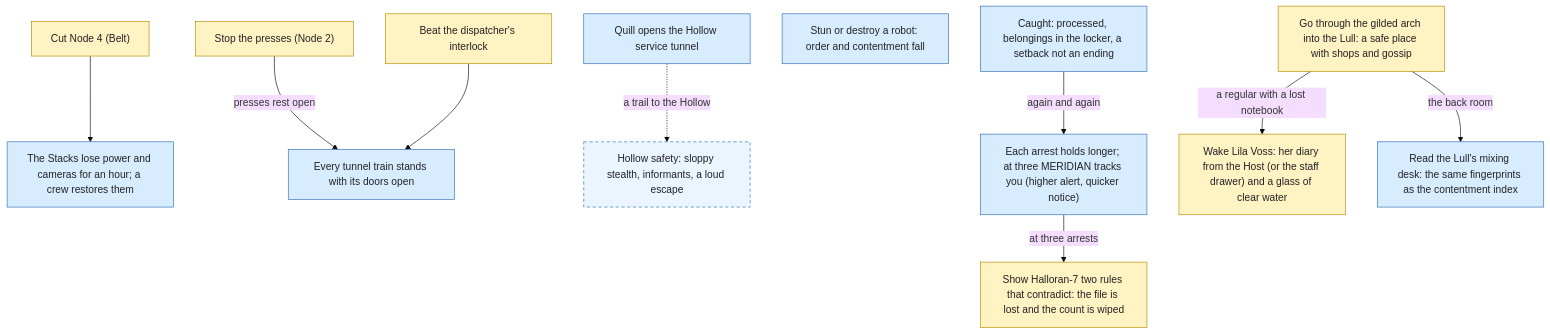
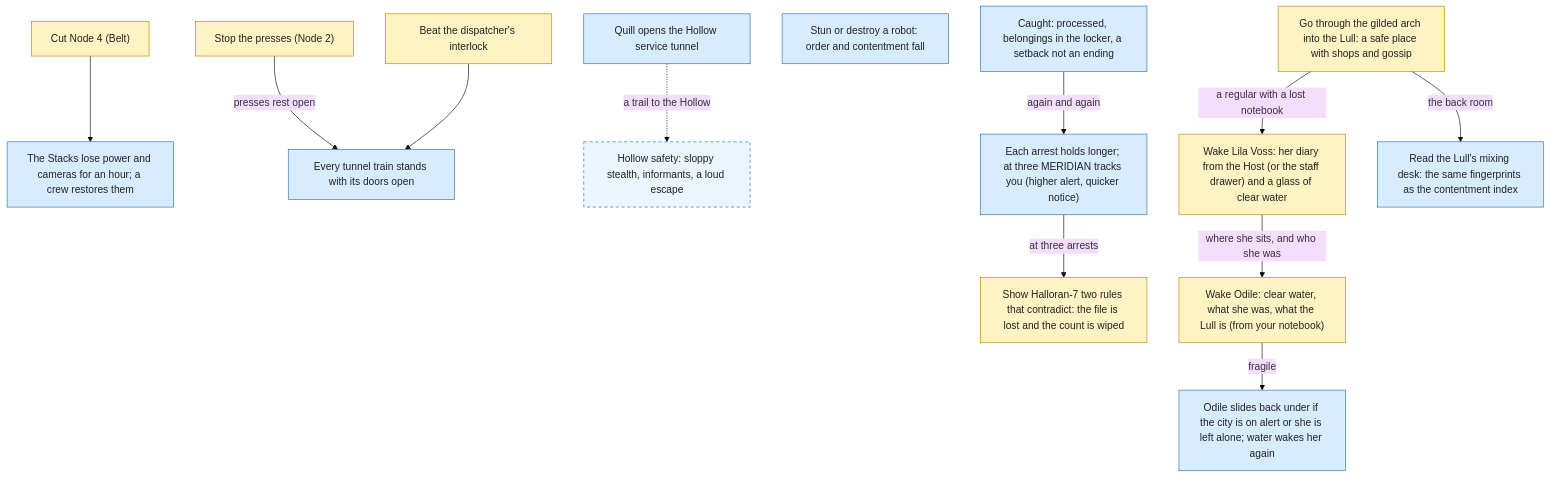
One commit to chrislee35/quiet-hours changed the fifth of 7 diagrams in docs/decision-tree.md. Above: the diagram before and after it, drawn with Mermaid (base theme). The commit also changed 20 other files, not shown here.

Commit message:
T4.3: Odile's arc: three beats from the notebook (water, what she was, what the Lull is), planted clues do nothing, fragility (Hunting alert or six game hours alone pulls her back, water wakes her, a lapsed companion can be released), the charter on the plaza wall; heavy tests get a longer timeout

````diff
--- a/docs/decision-tree.md
+++ b/docs/decision-tree.md
@@ -184,33 +184,37 @@
 ```mermaid
 flowchart TD
   n_power["Cut Node 4 (Belt)"]
   n_blackout["The Stacks lose power and cameras for an hour; a crew restores them"]
   n_node2["Stop the presses (Node 2)"]
   n_interlock["Beat the dispatcher's interlock"]
   n_stopped["Every tunnel train stands with its doors open"]
   n_hollowdoor["Quill opens the Hollow service tunnel"]
   n_hollowrisk["Hollow safety: sloppy stealth, informants, a loud escape"]
   n_stunned["Stun or destroy a robot: order and contentment fall"]
   n_caught["Caught: processed, belongings in the locker, a setback not an ending"]
   n_escalate["Each arrest holds longer; at three MERIDIAN tracks you (higher alert, quicker notice)"]
   n_halloran["Show Halloran-7 two rules that contradict: the file is lost and the count is wiped"]
   n_lullarch["Go through the gilded arch into the Lull: a safe place with shops and gossip"]
   n_lila["Wake Lila Voss: her diary from the Host (or the staff drawer) and a glass of clear water"]
   n_lullcore["Read the Lull's mixing desk: the same fingerprints as the contentment index"]
+  n_odilewake["Wake Odile: clear water, what she was, what the Lull is (from your notebook)"]
+  n_odilelapse["Odile slides back under if the city is on alert or she is left alone; water wakes her again"]
   n_power --> n_blackout
   n_node2 -->|presses rest open| n_stopped
   n_interlock --> n_stopped
   n_hollowdoor -.->|a trail to the Hollow| n_hollowrisk
   n_caught -->|again and again| n_escalate
   n_escalate -->|at three arrests| n_halloran
   n_lullarch -->|a regular with a lost notebook| n_lila
   n_lullarch -->|the back room| n_lullcore
-  class n_power,n_node2,n_interlock,n_halloran,n_lullarch,n_lila decision
-  class n_blackout,n_stopped,n_hollowdoor,n_hollowrisk,n_stunned,n_caught,n_escalate,n_lullcore outcome
+  n_lila -->|where she sits, and who she was| n_odilewake
+  n_odilewake -->|fragile| n_odilelapse
+  class n_power,n_node2,n_interlock,n_halloran,n_lullarch,n_lila,n_odilewake decision
+  class n_blackout,n_stopped,n_hollowdoor,n_hollowrisk,n_stunned,n_caught,n_escalate,n_lullcore,n_odilelapse outcome
   class n_hollowrisk planned
   classDef decision fill:#fff3c4,stroke:#b58900,color:#222
   classDef outcome fill:#d8ecff,stroke:#2d6fb5,color:#222
   classDef achievement fill:#d9f2d9,stroke:#2e8b3d,color:#222
   classDef state fill:#eeeeee,stroke:#777,color:#222
   classDef planned stroke-dasharray:5 4,fill-opacity:0.5
 ```
````
